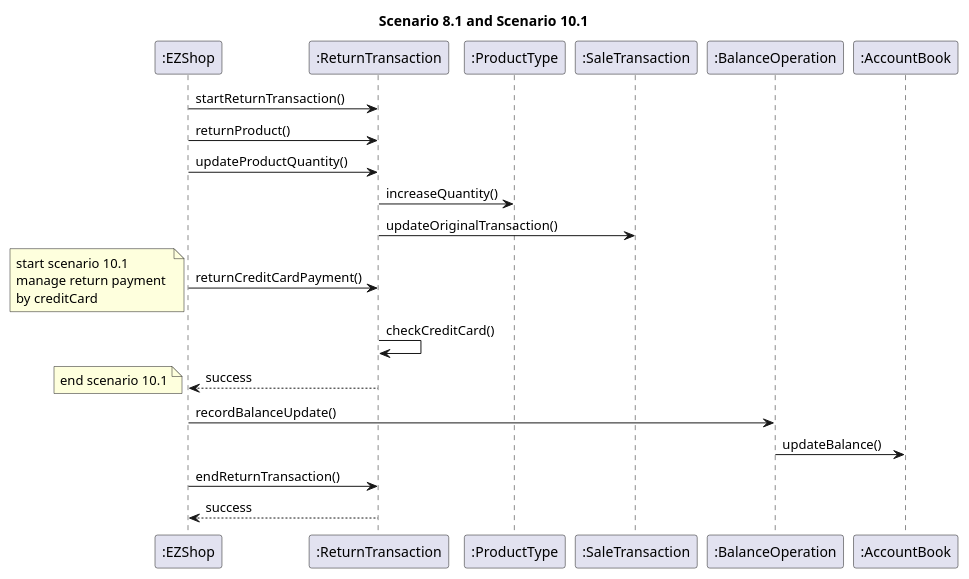
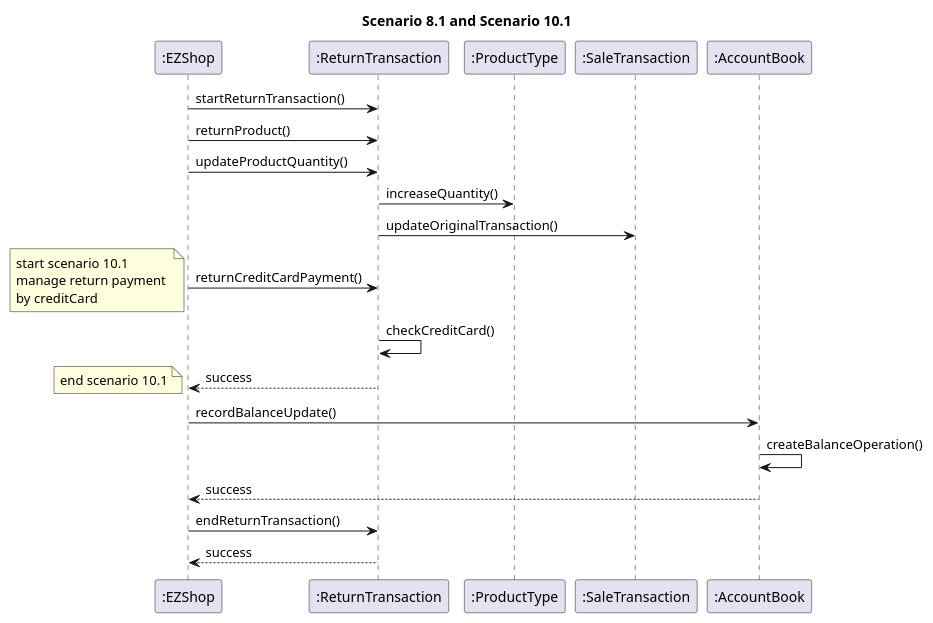
Before and after one commit to marco-ballario/EzShop: the tenth of 10 diagrams in Deliverables/DesignDocument.md, drawn with PlantUML.

Commit message:
Update DesignDocument.md modified scenario 8.1

````diff
--- a/Deliverables/DesignDocument.md
+++ b/Deliverables/DesignDocument.md
@@ -358,21 +358,22 @@
 ```plantuml
 Title: Scenario 8.1 and Scenario 10.1
 ":EZShop" -> ":ReturnTransaction" : startReturnTransaction()
 ":EZShop" -> ":ReturnTransaction" : returnProduct() 
 ":EZShop" -> ":ReturnTransaction" : updateProductQuantity()
 ":ReturnTransaction" -> ":ProductType" : increaseQuantity()
 ":ReturnTransaction" -> ":SaleTransaction" : updateOriginalTransaction()
 ":EZShop" -> ":ReturnTransaction" : returnCreditCardPayment()
 note left
 start scenario 10.1 
 manage return payment 
 by creditCard
 end note
 ":ReturnTransaction" -> ":ReturnTransaction" : checkCreditCard()
 ":ReturnTransaction" --> ":EZShop" : success
 note left: end scenario 10.1
-":EZShop" -> ":BalanceOperation" : recordBalanceUpdate()
-":BalanceOperation" -> ":AccountBook" : updateBalance()
+":EZShop" -> ":AccountBook" : recordBalanceUpdate()
+":AccountBook" -> ":AccountBook" : createBalanceOperation()
+":AccountBook" --> ":EZShop" : success
 ":EZShop" -> ":ReturnTransaction" : endReturnTransaction()
 ":ReturnTransaction" --> ":EZShop" : success
 ```
````
